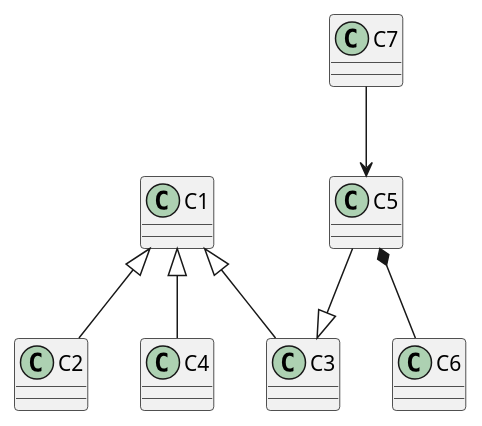
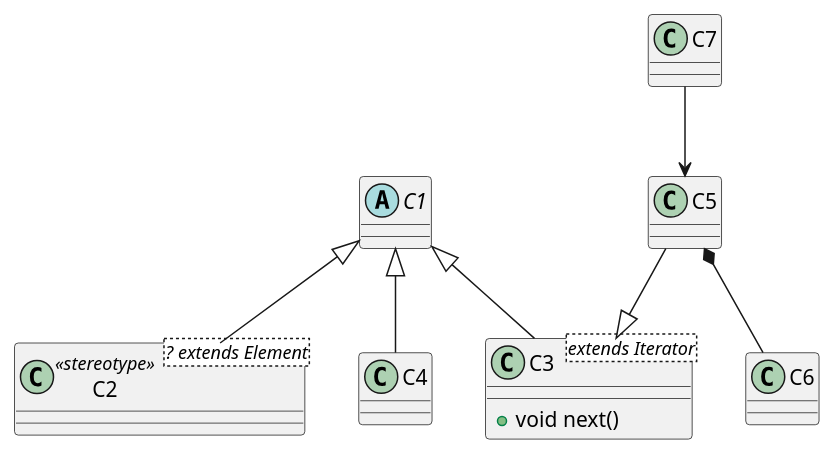
The diagram in examples/02_class_tree.puml (Tomas124589/pyplaml), drawn with PlantUML before and after one commit. The commit also changed 3 other files, not shown here.

```diff
--- a/examples/02_class_tree.puml
+++ b/examples/02_class_tree.puml
@@ -1,8 +1,14 @@
 @startuml "Class tree"
+abstract class C1
+class C2 <? extends Element> <<stereotype>>
+class C3 <extends Iterator>{
+    + void next()
+}
+
 C1 <|-- C2
 C1 <|-- C3
 C1 <|-- C4
 C5 --|> C3
 C5 *-- C6
 C7 --> C5
 @enduml
```
